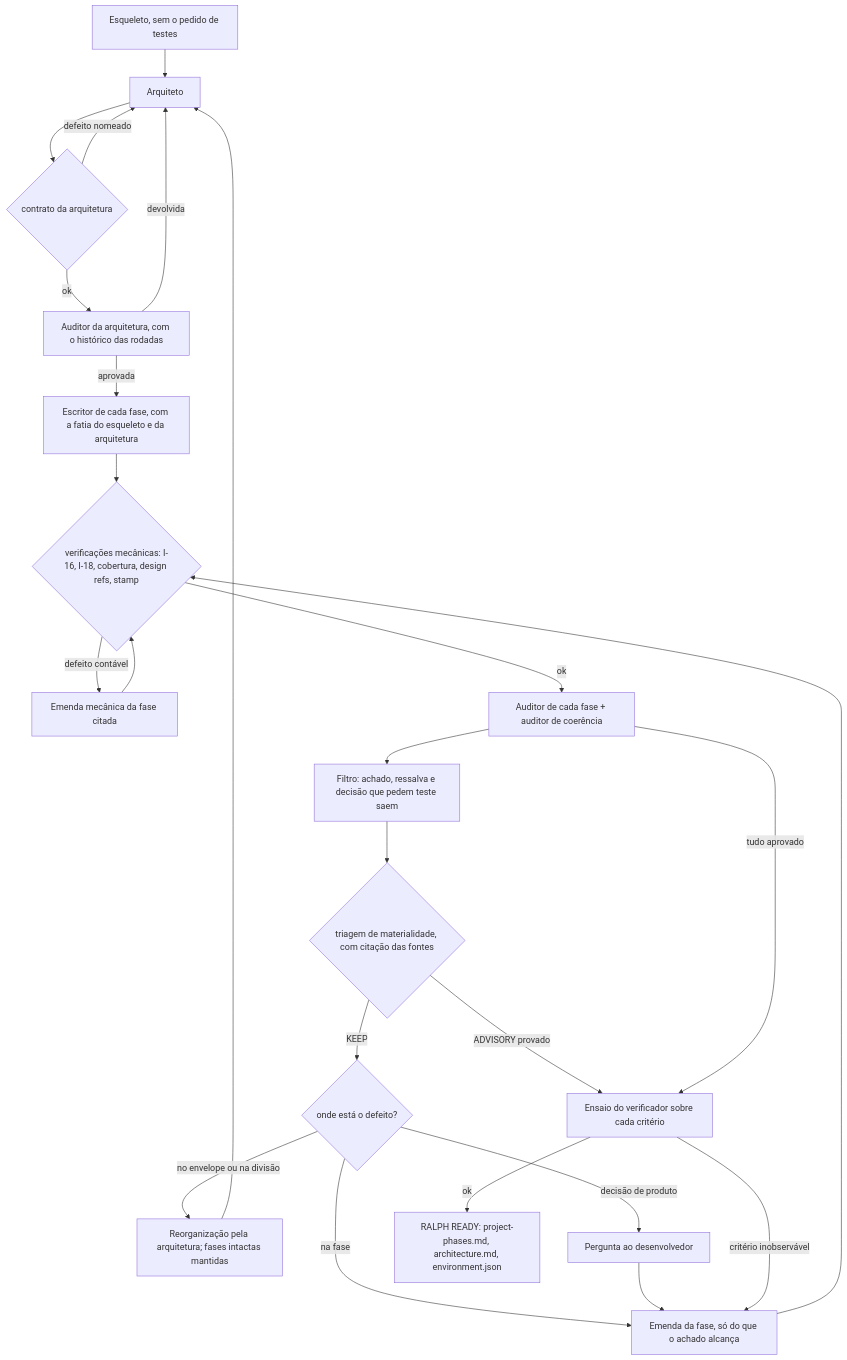
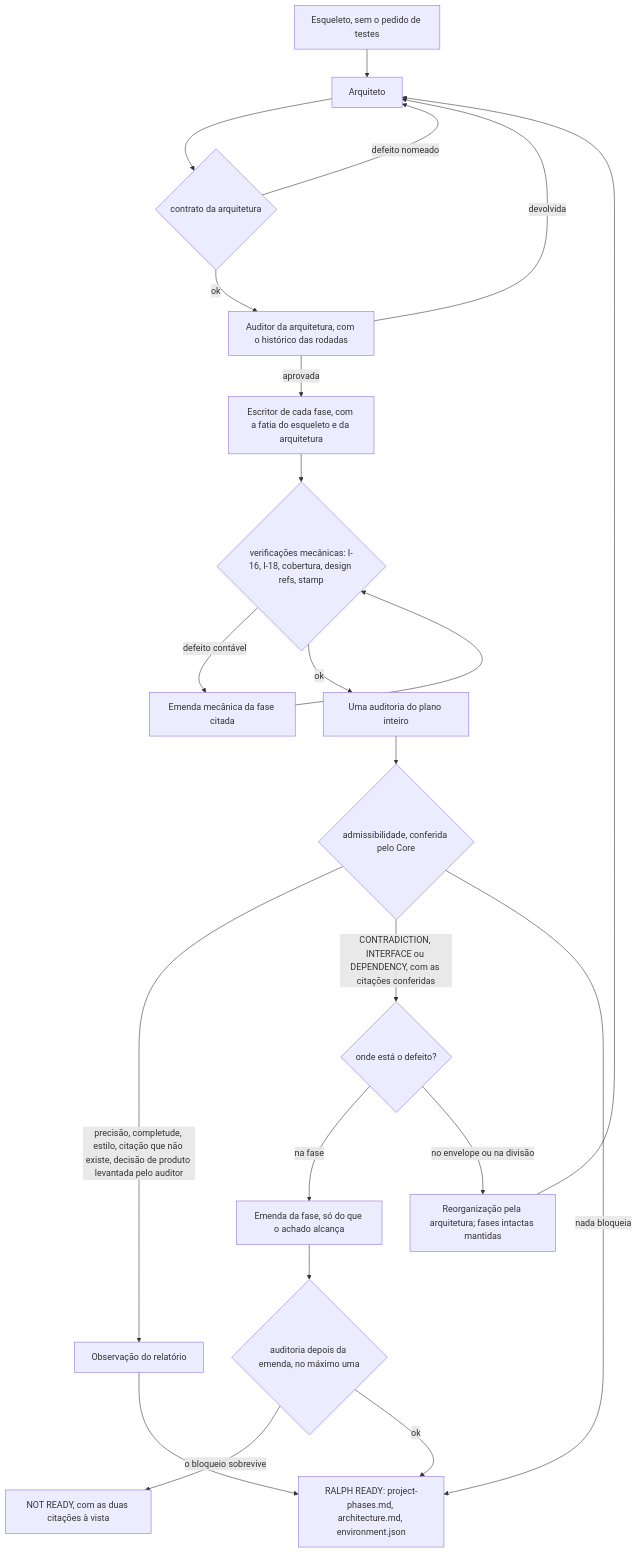
One commit to RBTecNet/capivara-harness changed the second of 3 diagrams in docs/CONTRATO.md. Above: the diagram before and after it, drawn with Mermaid. The commit also changed other lines of this file and 6 other files, not shown here.

````diff
--- a/docs/CONTRATO.md
+++ b/docs/CONTRATO.md
@@ -145,22 +147,21 @@
 ```mermaid
 flowchart TD
     E["Esqueleto, sem o pedido de testes"] --> AR["Arquiteto"]
     AR --> CA{"contrato da arquitetura"}
     CA -- "defeito nomeado" --> AR
     CA -- ok --> AA["Auditor da arquitetura, com o histórico das rodadas"]
     AA -- devolvida --> AR
     AA -- aprovada --> FS["Escritor de cada fase, com a fatia do esqueleto e da arquitetura"]
     FS --> MC{"verificações mecânicas: I-16, I-18, cobertura, design refs, stamp"}
     MC -- "defeito contável" --> EM["Emenda mecânica da fase citada"] --> MC
-    MC -- ok --> AU["Auditor de cada fase + auditor de coerência"]
-    AU --> FT["Filtro: achado, ressalva e decisão que pedem teste saem"]
-    FT --> TR{"triagem de materialidade, com citação das fontes"}
-    TR -- "ADVISORY provado" --> OK
-    TR -- KEEP --> RT{"onde está o defeito?"}
-    RT -- "na fase" --> EF["Emenda da fase, só do que o achado alcança"] --> MC
+    MC -- ok --> AU["Uma auditoria do plano inteiro"]
+    AU --> AD{"admissibilidade, conferida pelo Core"}
+    AD -- "precisão, completude, estilo, citação que não existe, decisão de produto levantada pelo auditor" --> OB["Observação do relatório"]
+    AD -- "CONTRADICTION, INTERFACE ou DEPENDENCY, com as citações conferidas" --> RT{"onde está o defeito?"}
+    RT -- "na fase" --> EF["Emenda da fase, só do que o achado alcança"] --> AU2{"auditoria depois da emenda, no máximo uma"}
     RT -- "no envelope ou na divisão" --> RO["Reorganização pela arquitetura; fases intactas mantidas"] --> AR
-    RT -- "decisão de produto" --> DEV["Pergunta ao desenvolvedor"] --> EF
-    AU -- "tudo aprovado" --> OK["Ensaio do verificador sobre cada critério"]
-    OK -- "critério inobservável" --> EF
-    OK -- ok --> RR["RALPH READY: project-phases.md, architecture.md, environment.json"]
+    AU2 -- "o bloqueio sobrevive" --> NR["NOT READY, com as duas citações à vista"]
+    AU2 -- ok --> RR
+    OB --> RR
+    AD -- "nada bloqueia" --> RR["RALPH READY: project-phases.md, architecture.md, environment.json"]
 ```
````
